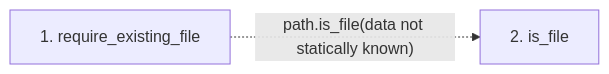
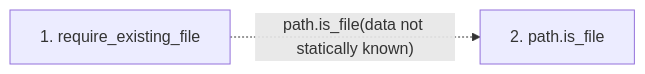
One commit to Denissvgn/python-wiki-llm changed the second of 2 diagrams in docs/llm_wiki/flows/api-require_existing_file.md. Above: the diagram before and after it, drawn with Mermaid. The commit also changed other lines of this file and 719 other files, not shown here.

````diff
--- a/docs/llm_wiki/flows/api-require_existing_file.md
+++ b/docs/llm_wiki/flows/api-require_existing_file.md
@@ -20,7 +20,7 @@
 ```mermaid
 flowchart LR
     s1["1. require_existing_file"]
-    s2["2. is_file"]
+    s2["2. path.is_file"]
     s1 -. "path.is_file(data not statically known)" .-> s2
     click s1 "../modules/validation.md"
 ```
````
